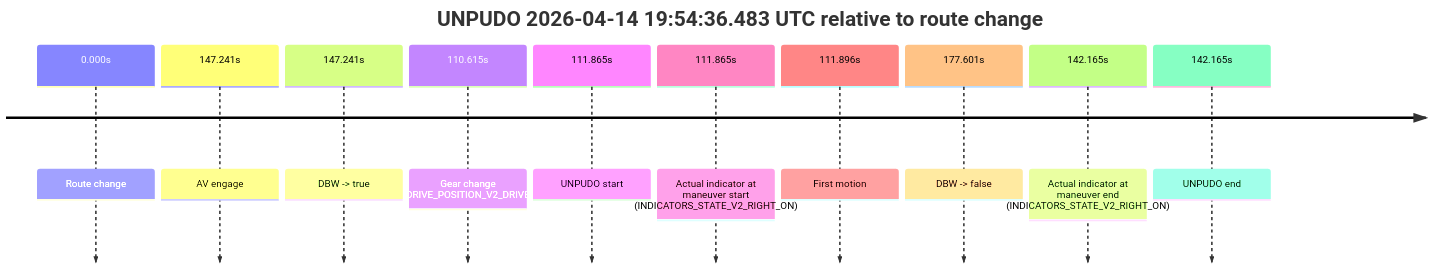
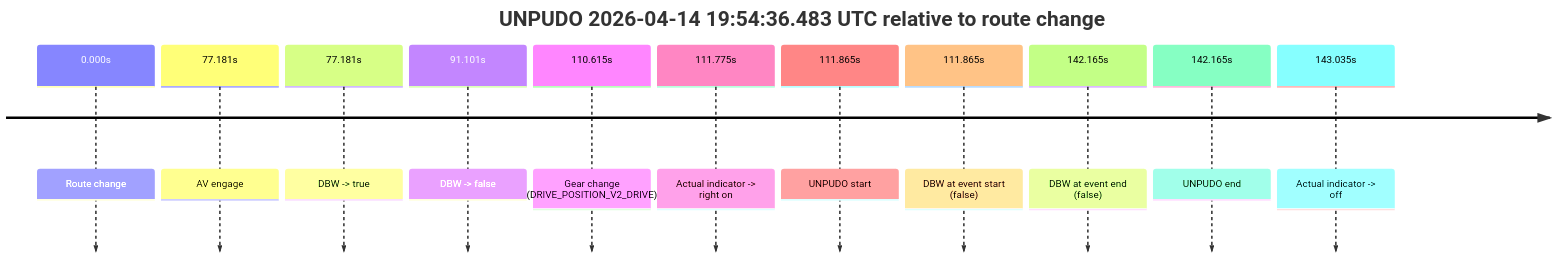
Before and after one commit to yoelshapiro/vault: the third of 4 diagrams in model_analysis/report_cards/2026/04/Week-3/fme10003--2026-04-14--19-28-09--gen2-av-96f7e596-4cac-4da1-b3b0-a9c02a595444.md, drawn with Mermaid. The commit also changed other lines of this file and 41 other files, not shown here.

````diff
--- a/model_analysis/report_cards/2026/04/Week-3/fme10003--2026-04-14--19-28-09--gen2-av-96f7e596-4cac-4da1-b3b0-a9c02a595444.md
+++ b/model_analysis/report_cards/2026/04/Week-3/fme10003--2026-04-14--19-28-09--gen2-av-96f7e596-4cac-4da1-b3b0-a9c02a595444.md
@@ -207,14 +224,15 @@
 ```mermaid
 timeline
     title UNPUDO 2026-04-14 19:54:36.483 UTC relative to route change
     0.000s : Route change
-    147.241s : AV engage
-    147.241s : DBW -> true
+    77.181s : AV engage
+    77.181s : DBW -> true
+    91.101s : DBW -> false
     110.615s : Gear change (DRIVE_POSITION_V2_DRIVE)
+    111.775s : Actual indicator -> right on
     111.865s : UNPUDO start
-    111.865s : Actual indicator at maneuver start (INDICATORS_STATE_V2_RIGHT_ON)
-    111.896s : First motion
-    177.601s : DBW -> false
-    142.165s : Actual indicator at maneuver end (INDICATORS_STATE_V2_RIGHT_ON)
+    111.865s : DBW at event start (false)
+    142.165s : DBW at event end (false)
     142.165s : UNPUDO end
+    143.035s : Actual indicator -> off
 ```
````
